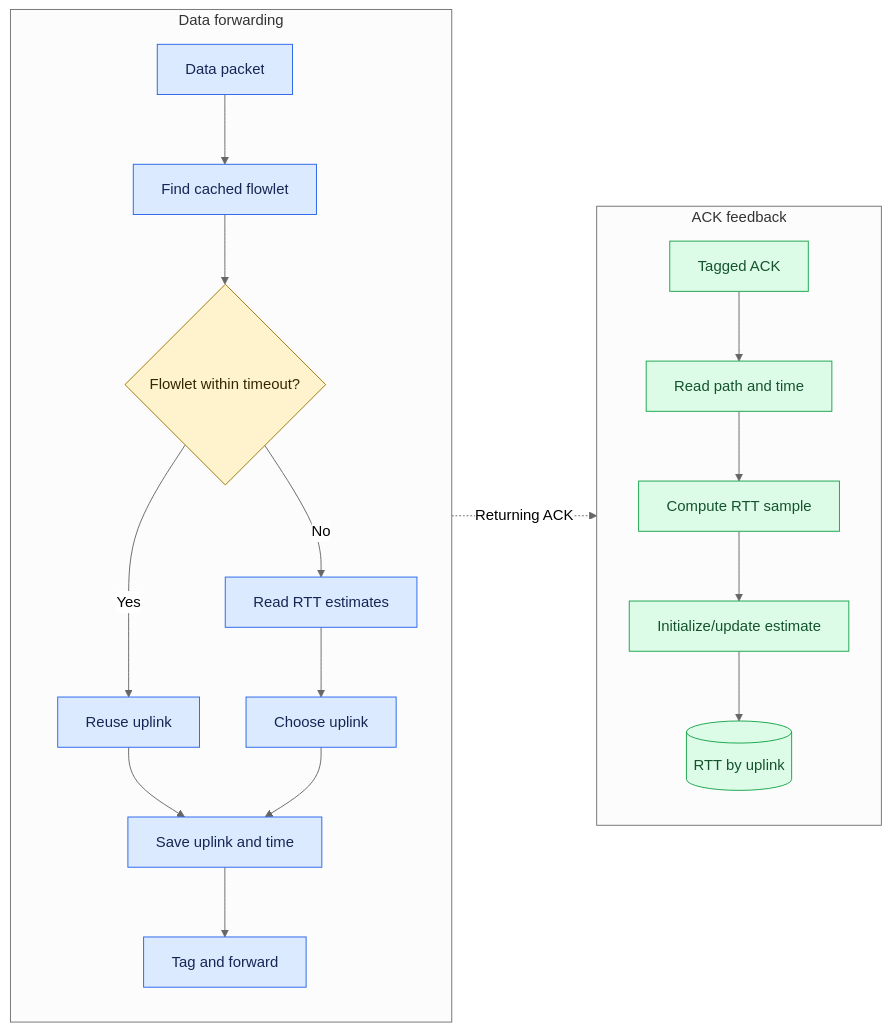
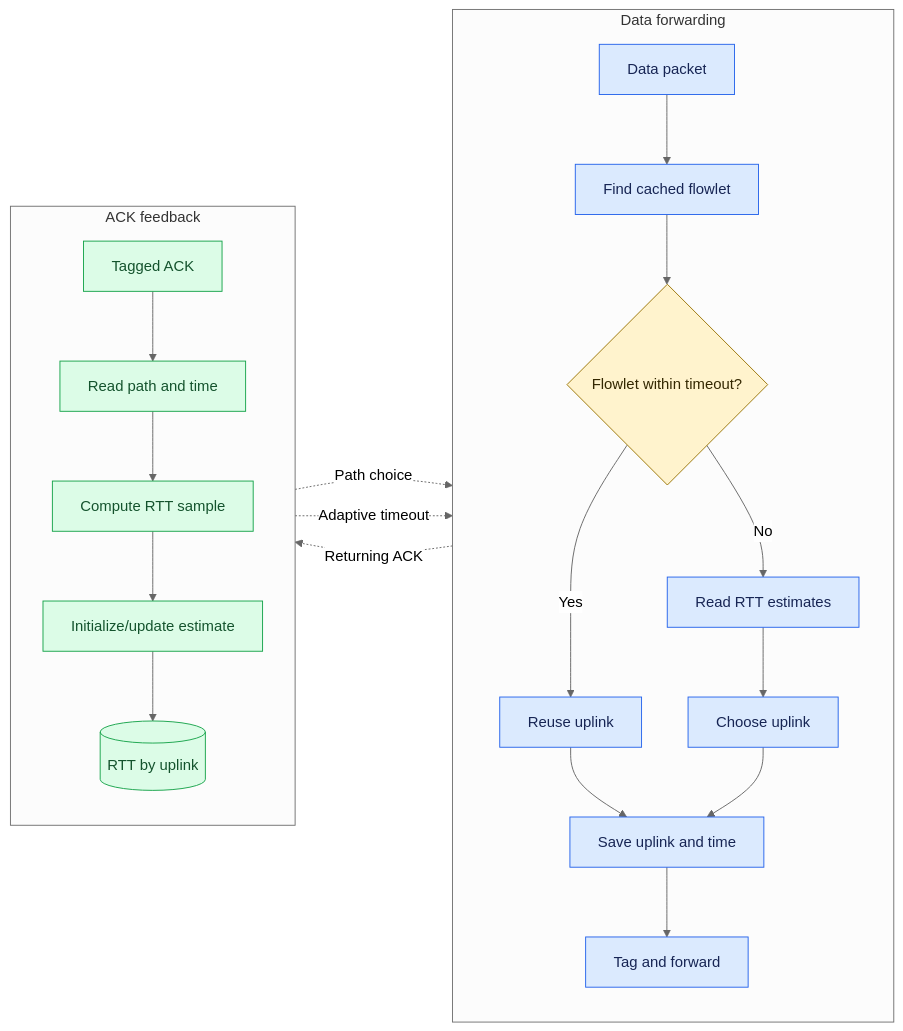
Before and after one commit to Hemadri01/rtt-aware-routing: the first of 2 diagrams in README.md, drawn with Mermaid (neutral theme).

Commit message:
Readme update

```diff
--- a/README.md
+++ b/README.md
@@ -42,31 +42,33 @@
 ~~~mermaid
 flowchart LR
     subgraph forwarding["Data forwarding"]
         direction TB
         packet["Data packet"] --> lookup["Find cached flowlet"]
         lookup --> active{"Flowlet within timeout?"}
         active -->|Yes| reuse["Reuse uplink"]
         active -->|No| metrics["Read RTT estimates"]
         metrics --> select["Choose uplink"]
         reuse --> record["Save uplink and time"]
         select --> record
         record --> forward["Tag and forward"]
     end
 
     subgraph measurement["ACK feedback"]
         direction TB
         feedback["Tagged ACK"] --> associate["Read path and time"]
         associate --> sample["Compute RTT sample"]
         sample --> smooth["Initialize/update estimate"]
         smooth --> estimates[("RTT by uplink")]
     end
 
     forwarding -.->|Returning ACK| measurement
+    measurement -.->|Path choice| forwarding
+    measurement -.->|Adaptive timeout| forwarding
 
     classDef decision fill:#fff3cd,stroke:#997404,color:#332701;
     classDef routing fill:#dbeafe,stroke:#2563eb,color:#172554;
     classDef timing fill:#dcfce7,stroke:#16a34a,color:#14532d;
     class active decision;
     class packet,lookup,reuse,metrics,select,record,forward routing;
     class feedback,associate,sample,smooth,estimates timing;
 ~~~
```
